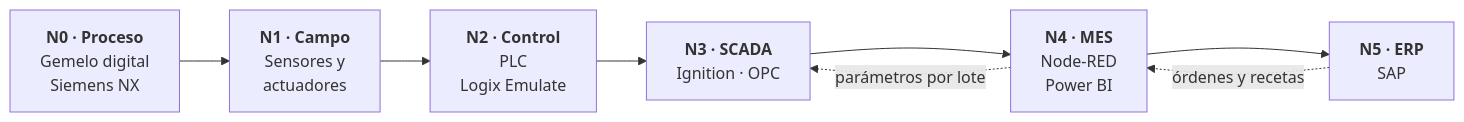
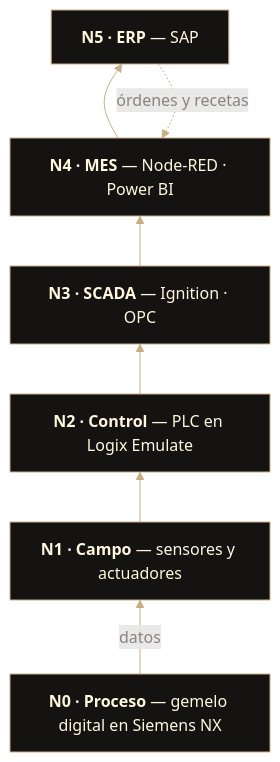
Before and after one commit to Mekvra/proyecto-integrador: the diagram in README.md, drawn with Mermaid.

Commit message:
Diagrama de arquitectura vertical con los colores de Mekvra

````diff
--- a/README.md
+++ b/README.md
@@ -36,12 +36,14 @@
 ```mermaid
-flowchart LR
-    P["<b>N0 · Proceso</b><br/>Gemelo digital<br/>Siemens NX"]
-    F["<b>N1 · Campo</b><br/>Sensores y<br/>actuadores"]
-    C["<b>N2 · Control</b><br/>PLC<br/>Logix Emulate"]
-    S["<b>N3 · SCADA</b><br/>Ignition · OPC"]
-    M["<b>N4 · MES</b><br/>Node-RED<br/>Power BI"]
-    E["<b>N5 · ERP</b><br/>SAP"]
-    P --> F --> C --> S --> M --> E
+flowchart BT
+    P["<b>N0 · Proceso</b> — gemelo digital en Siemens NX"]
+    F["<b>N1 · Campo</b> — sensores y actuadores"]
+    C["<b>N2 · Control</b> — PLC en Logix Emulate"]
+    S["<b>N3 · SCADA</b> — Ignition · OPC"]
+    M["<b>N4 · MES</b> — Node-RED · Power BI"]
+    E["<b>N5 · ERP</b> — SAP"]
+    P -- "datos" --> F --> C --> S --> M --> E
     E -. "órdenes y recetas" .-> M
-    M -. "parámetros por lote" .-> S
+    classDef nivel fill:#141312,stroke:#c8ad86,stroke-width:1px,color:#fff7dd
+    class P,F,C,S,M,E nivel
+    linkStyle default stroke:#c8ad86,color:#8a8380
 ```
````
